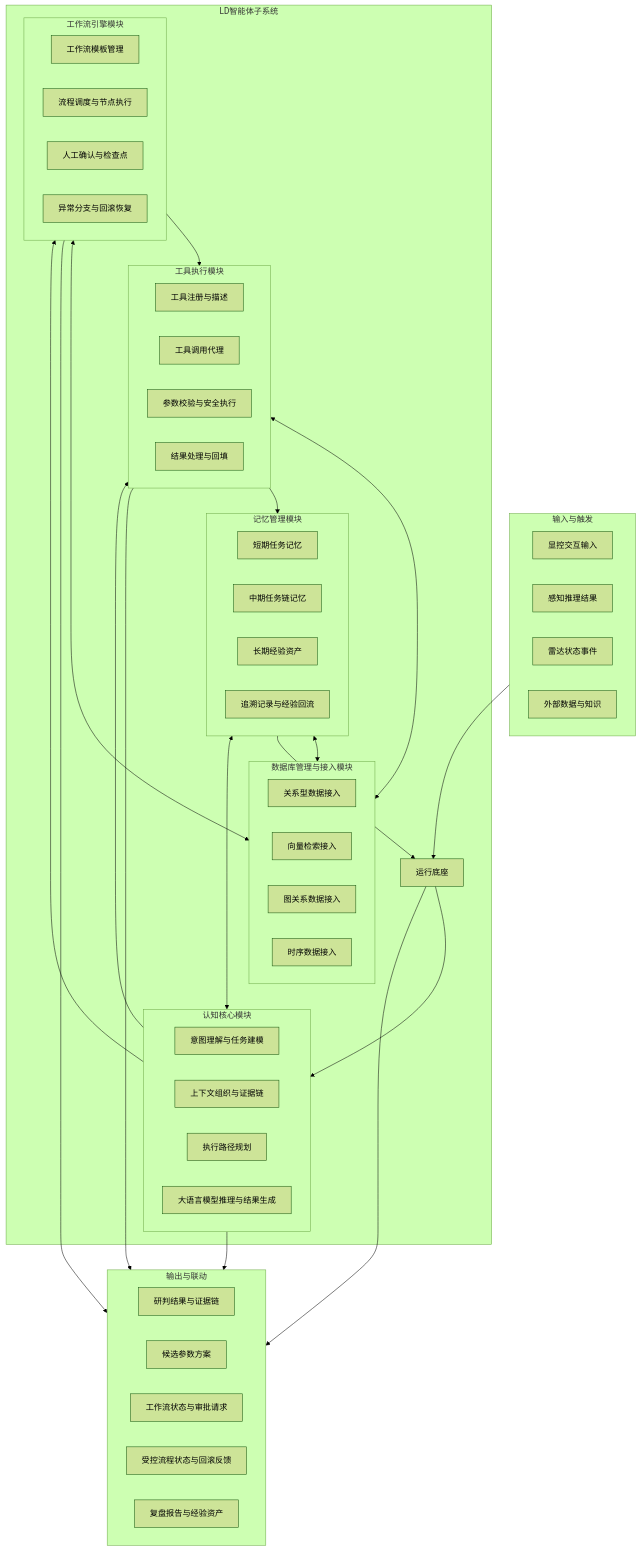
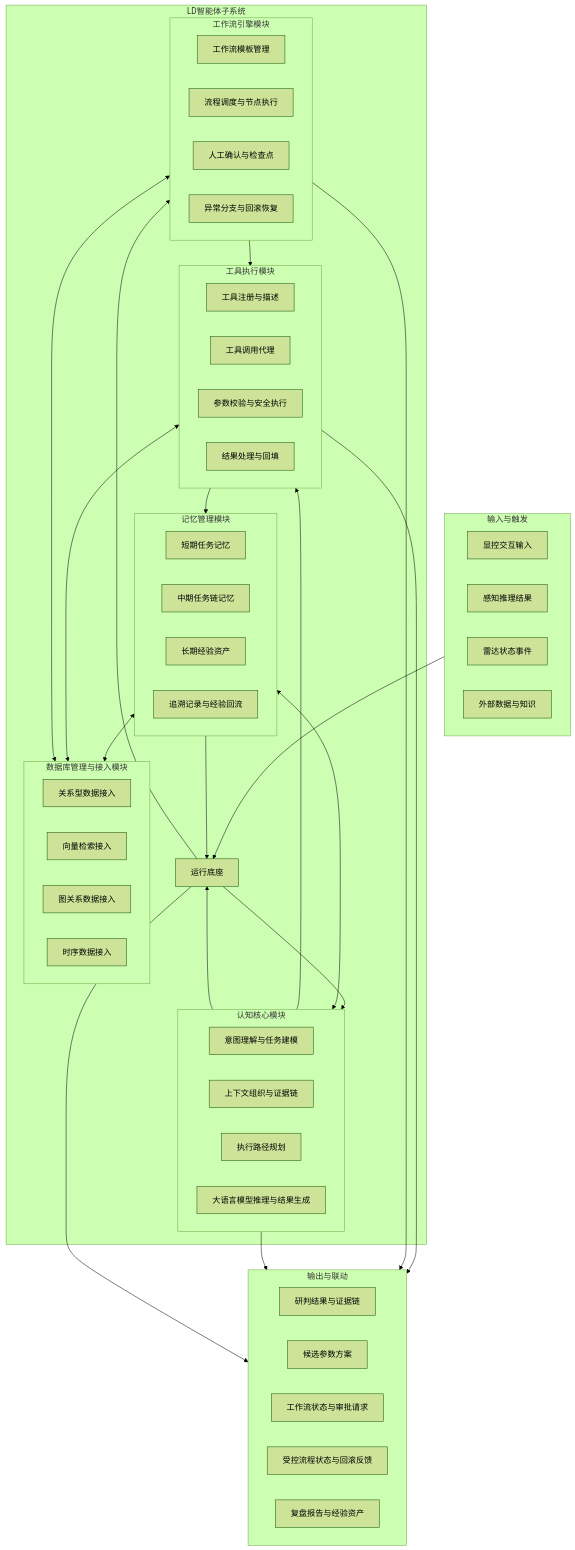
The third of 7 diagrams in radar agent/4.3.3.2 LD智能体子系统技术方案.md (StormSeven1/obsidian-vault), drawn with Mermaid (forest theme) before and after one commit. The commit also changed other lines of this file, not shown here.

````diff
--- a/radar agent/4.3.3.2 LD智能体子系统技术方案.md
+++ b/radar agent/4.3.3.2 LD智能体子系统技术方案.md
@@ -109,67 +110,68 @@
 ```mermaid
 graph TB
     subgraph INPUT[输入与触发]
         I1[显控交互输入]
         I2[感知推理结果]
         I3[雷达状态事件]
         I4[外部数据与知识]
     end
 
     subgraph CORE[LD智能体子系统]
         H[运行底座]
         subgraph COG[认知核心模块]
             C1[意图理解与任务建模]
             C2[上下文组织与证据链]
             C3[执行路径规划]
             C4[大语言模型推理与结果生成]
         end
         subgraph MEM[记忆管理模块]
             M1[短期任务记忆]
             M2[中期任务链记忆]
             M3[长期经验资产]
             M4[追溯记录与经验回流]
         end
         subgraph TOOL[工具执行模块]
             T1[工具注册与描述]
             T2[工具调用代理]
             T3[参数校验与安全执行]
             T4[结果处理与回填]
         end
         subgraph WF[工作流引擎模块]
             W1[工作流模板管理]
             W2[流程调度与节点执行]
             W3[人工确认与检查点]
             W4[异常分支与回滚恢复]
         end
         subgraph DB[数据库管理与接入模块]
             D1[关系型数据接入]
             D2[向量检索接入]
             D3[图关系数据接入]
             D4[时序数据接入]
         end
     end
 
     subgraph OUTPUT[输出与联动]
         O1[研判结果与证据链]
         O2[候选参数方案]
         O3[工作流状态与审批请求]
         O4[受控流程状态与回滚反馈]
         O5[复盘报告与经验资产]
     end
 
     INPUT --> H
     H --> COG
     COG <--> MEM
     COG --> TOOL
-    COG --> WF
+    COG --> H
+    H --> WF
     WF --> TOOL
     MEM <--> DB
     TOOL <--> DB
     WF <--> DB
     TOOL --> MEM
     MEM --> H
     TOOL --> OUTPUT
     WF --> OUTPUT
     COG --> OUTPUT
     H --> OUTPUT
 ```
````
